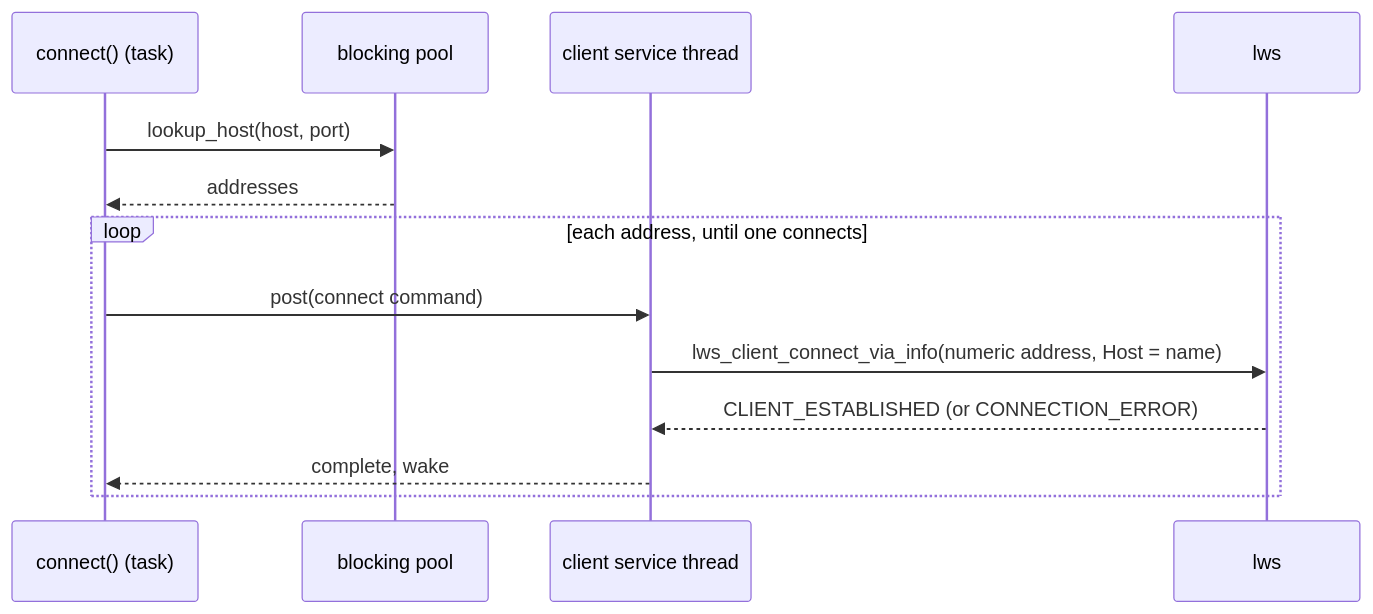
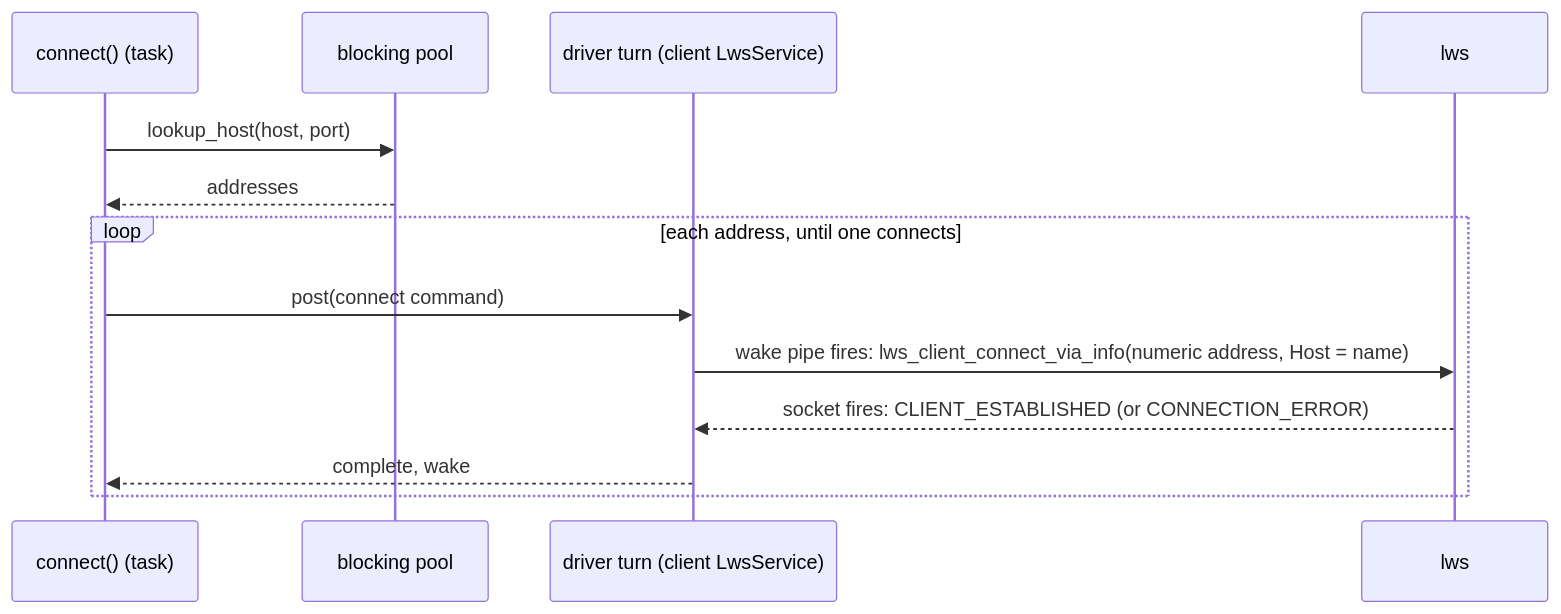
Before and after one commit to bts164/coro: the third of 4 diagrams in doc/design/websocket_stream.md, drawn with Mermaid. The commit also changed other lines of this file and 24 other files, not shown here.

Commit message:
Redesign of websockets so that lws is now serviced by the worker threads through the IoDriver instead of requiring a separate dedicated thread

````diff
--- a/doc/design/websocket_stream.md
+++ b/doc/design/websocket_stream.md
@@ -249,15 +438,15 @@
 ```mermaid
 sequenceDiagram
     participant T as connect() (task)
     participant P as blocking pool
-    participant S as client service thread
+    participant S as driver turn (client LwsService)
     participant L as lws
     T->>P: lookup_host(host, port)
     P-->>T: addresses
     loop each address, until one connects
         T->>S: post(connect command)
-        S->>L: lws_client_connect_via_info(numeric address, Host = name)
-        L-->>S: CLIENT_ESTABLISHED (or CONNECTION_ERROR)
+        S->>L: wake pipe fires: lws_client_connect_via_info(numeric address, Host = name)
+        L-->>S: socket fires: CLIENT_ESTABLISHED (or CONNECTION_ERROR)
         S-->>T: complete, wake
     end
 ```
````
